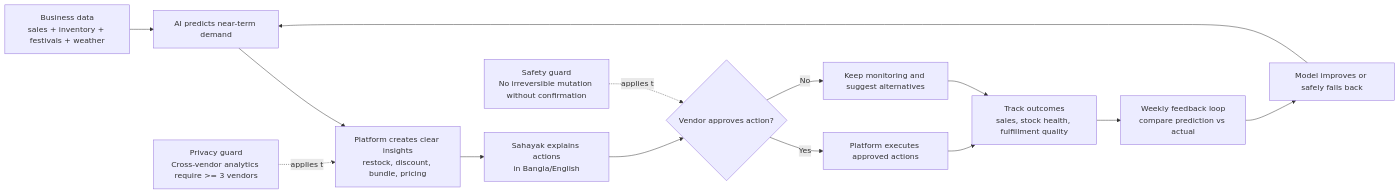
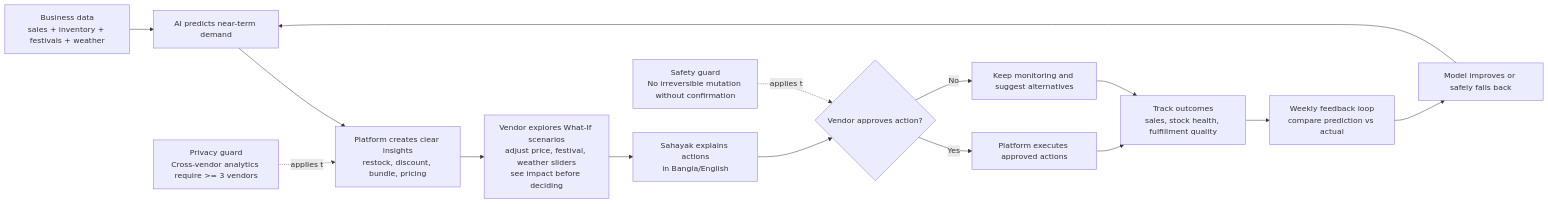
The diagram in assets/Diagrams/E). AI & ML Pipeline/34a-ai-intelligence-business-friendly-cycle.mmd (SagarBiswas-MultiHAT/PRISM-Commerce), drawn with Mermaid before and after one commit. The commit also changed 19 other files, not shown here.

Commit message:
docs: add comprehensive system architecture, database schema, and AI pipeline diagrams to project documentation

```diff
--- a/assets/Diagrams/E). AI & ML Pipeline/34a-ai-intelligence-business-friendly-cycle.mmd
+++ b/assets/Diagrams/E). AI & ML Pipeline/34a-ai-intelligence-business-friendly-cycle.mmd
@@ -1,23 +1,24 @@
 flowchart LR
   %% Diagram 34A: AI Intelligence Business-Friendly Cycle
 
   Data[Business data\nsales + inventory + festivals + weather] --> Forecast[AI predicts near-term demand]
   Forecast --> Insights[Platform creates clear insights\nrestock, discount, bundle, pricing]
-  Insights --> Advisor[Sahayak explains actions\nin Bangla/English]
+  Insights --> WhatIf[Vendor explores What-If scenarios\nadjust price, festival, weather sliders\nsee impact before deciding]
+  WhatIf --> Advisor[Sahayak explains actions\nin Bangla/English]
   Advisor --> Decision{Vendor approves action?}
 
   Decision -- Yes --> Execute[Platform executes approved actions]
   Decision -- No --> Observe[Keep monitoring and suggest alternatives]
 
   Execute --> Results[Track outcomes\nsales, stock health, fulfillment quality]
   Observe --> Results
 
   Results --> Feedback[Weekly feedback loop\ncompare prediction vs actual]
   Feedback --> Improve[Model improves or safely falls back]
   Improve --> Forecast
 
   Guard1[Privacy guard\nCross-vendor analytics require >= 3 vendors]
   Guard2[Safety guard\nNo irreversible mutation without confirmation]
 
   Guard1 -.applies to.-> Insights
   Guard2 -.applies to.-> Decision
```
